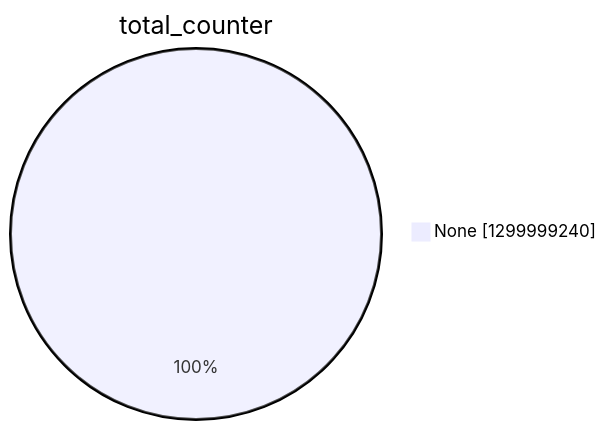
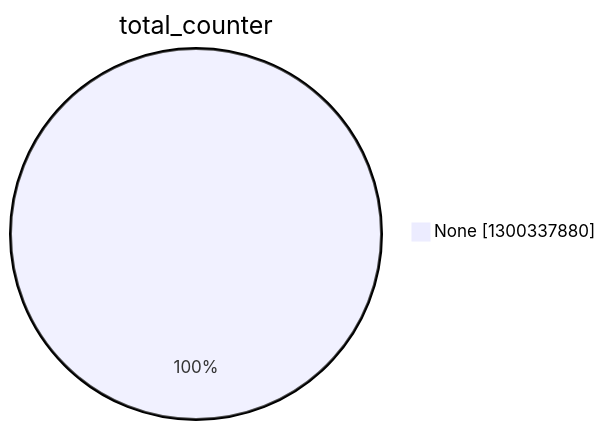
The second of 15 diagrams in argon2022/README.md (christiankrug/ctmonitor_visualization), drawn with Mermaid before and after one commit. The commit also changed other lines of this file, not shown here.

````diff
--- a/argon2022/README.md
+++ b/argon2022/README.md
@@ -9,5 +9,5 @@
 ```mermaid
 pie showData
 title total_counter
-"None" :1299999240
+"None" :1300337880
 ```
````
